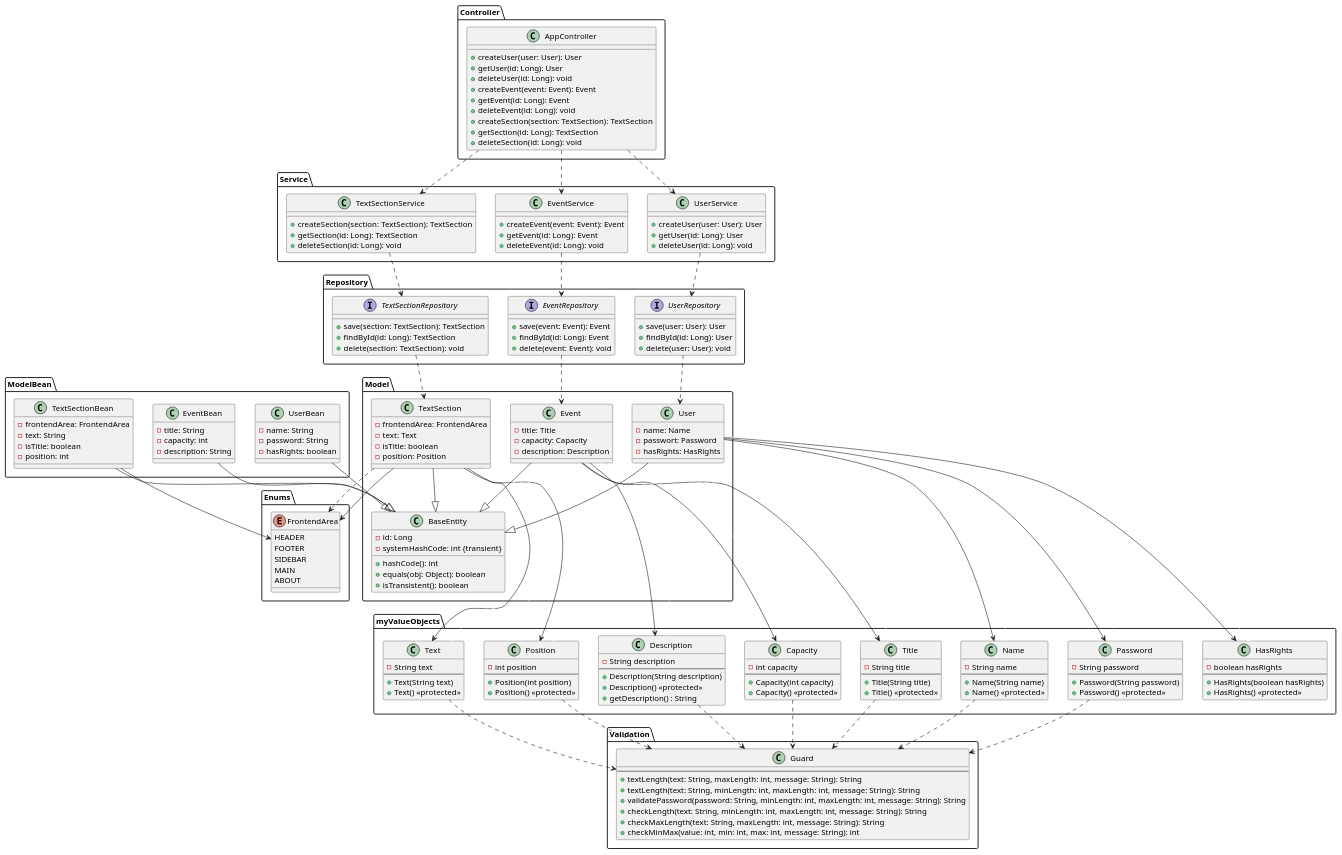
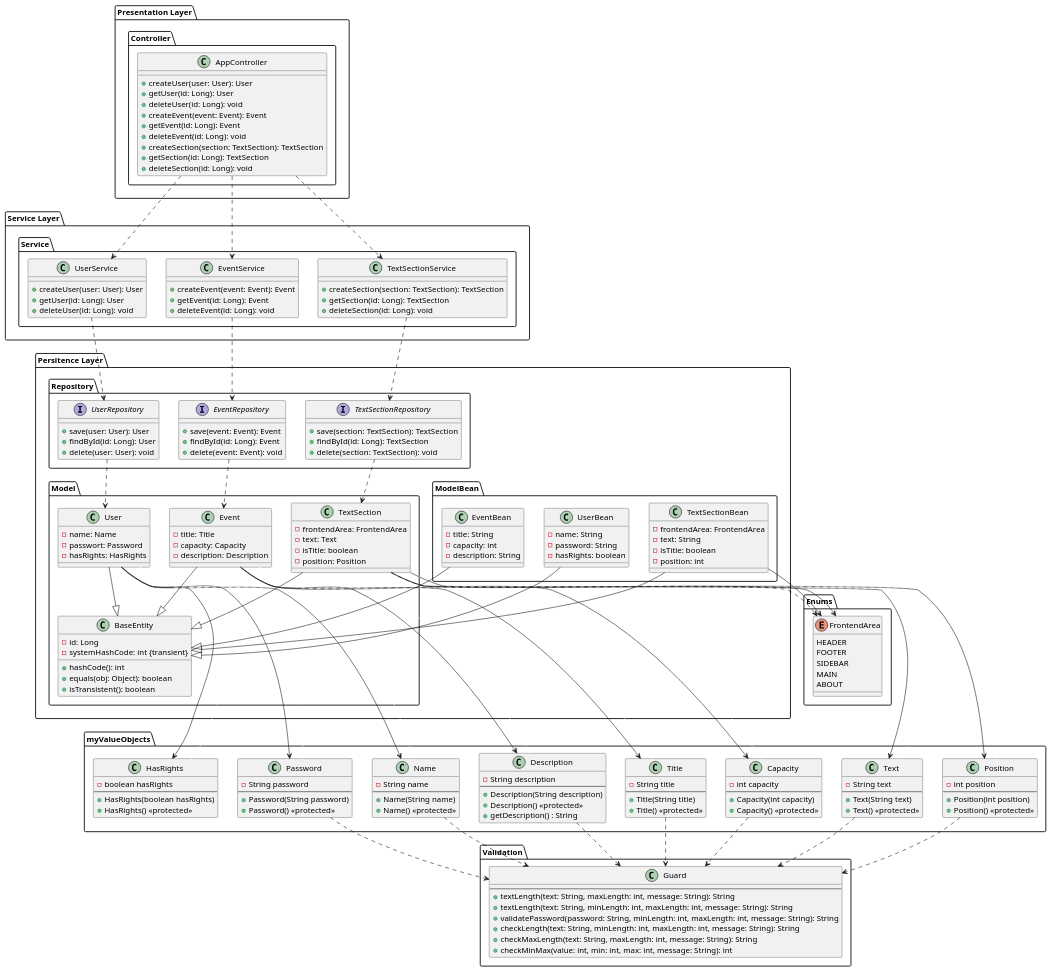
The diagram in Project Structure.puml (Gabriel-Dvorak/Diplo3Entities), drawn with PlantUML before and after one commit. The commit also changed 2 other files, not shown here.

```diff
--- a/Project Structure.puml
+++ b/Project Structure.puml
@@ -93,134 +93,139 @@
         Text ..> Guard
         Position ..> Guard
 }
+package "Persitence Layer" {
 
-package "Model" {
+    package "Model" {
 
-    class BaseEntity {
-        - id: Long
-        - systemHashCode: int {transient}
-        + hashCode(): int
-        + equals(obj: Object): boolean
-        + isTransistent(): boolean
+        class BaseEntity {
+            - id: Long
+            - systemHashCode: int {transient}
+            + hashCode(): int
+            + equals(obj: Object): boolean
+            + isTransistent(): boolean
+        }
+
+        class User {
+            - name: Name
+            - passwort: Password
+            - hasRights: HasRights
+        }
+
+        class Event {
+            - title: Title
+            - capacity: Capacity
+            - description: Description
+        }
+
+        class TextSection {
+            - frontendArea: FrontendArea
+            - text: Text
+            - isTitle: boolean
+            - position: Position
+        }
+
+        ' Inheritance
+        User --|> BaseEntity
+        Event --|> BaseEntity
+        TextSection --|> BaseEntity
+
+        ' Composition zu Value Objects (mit Linienrichtung)
+            User -down-> Name
+            User -down-> Password
+            User -down-> HasRights
+
+            Event -down-> Title
+            Event -down-> Capacity
+            Event -down-> Description
+
+            TextSection -down-> Text
+            TextSection -down-> Position
+            TextSection ..> FrontendArea
     }
 
-    class User {
-        - name: Name
-        - passwort: Password
-        - hasRights: HasRights
+    package "ModelBean" {
+
+        class UserBean {
+            - name: String
+            - password: String
+            - hasRights: boolean
+        }
+
+        class EventBean {
+            - title: String
+            - capacity: int
+            - description: String
+        }
+
+        class TextSectionBean {
+            - frontendArea: FrontendArea
+            - text: String
+            - isTitle: boolean
+            - position: int
+        }
+
+        ' Inheritance
+        UserBean --|> BaseEntity
+        EventBean --|> BaseEntity
+        TextSectionBean --|> BaseEntity
+
+        TextSection --> FrontendArea
+        TextSectionBean --> FrontendArea
     }
 
-    class Event {
-        - title: Title
-        - capacity: Capacity
-        - description: Description
+    package "Repository" {
+        interface UserRepository {
+            + save(user: User): User
+            + findById(id: Long): User
+            + delete(user: User): void
+        }
+
+        interface EventRepository {
+            + save(event: Event): Event
+            + findById(id: Long): Event
+            + delete(event: Event): void
+        }
+
+        interface TextSectionRepository {
+            + save(section: TextSection): TextSection
+            + findById(id: Long): TextSection
+            + delete(section: TextSection): void
+        }
+
+        ' Dependency auf ModelBeans
+        UserRepository ..> User
+        EventRepository ..> Event
+        TextSectionRepository ..> TextSection
     }
-
-    class TextSection {
-        - frontendArea: FrontendArea
-        - text: Text
-        - isTitle: boolean
-        - position: Position
-    }
-
-    ' Inheritance
-    User --|> BaseEntity
-    Event --|> BaseEntity
-    TextSection --|> BaseEntity
-
-    ' Composition zu Value Objects (mit Linienrichtung)
-        User -down-> Name
-        User -down-> Password
-        User -down-> HasRights
-
-        Event -down-> Title
-        Event -down-> Capacity
-        Event -down-> Description
-
-        TextSection -down-> Text
-        TextSection -down-> Position
-        TextSection ..> FrontendArea
 }
 
-package "ModelBean" {
 
-    class UserBean {
-        - name: String
-        - password: String
-        - hasRights: boolean
+package "Service Layer" {
+    package "Service" {
+        class UserService {
+            + createUser(user: User): User
+            + getUser(id: Long): User
+            + deleteUser(id: Long): void
+        }
+
+        class EventService {
+            + createEvent(event: Event): Event
+            + getEvent(id: Long): Event
+            + deleteEvent(id: Long): void
+        }
+
+        class TextSectionService {
+            + createSection(section: TextSection): TextSection
+            + getSection(id: Long): TextSection
+            + deleteSection(id: Long): void
+        }
     }
-
-    class EventBean {
-        - title: String
-        - capacity: int
-        - description: String
-    }
-
-    class TextSectionBean {
-        - frontendArea: FrontendArea
-        - text: String
-        - isTitle: boolean
-        - position: int
-    }
-
-    ' Inheritance
-    UserBean --|> BaseEntity
-    EventBean --|> BaseEntity
-    TextSectionBean --|> BaseEntity
-
-    TextSection --> FrontendArea
-    TextSectionBean --> FrontendArea
-}
-
-package "Repository" {
-    interface UserRepository {
-        + save(user: User): User
-        + findById(id: Long): User
-        + delete(user: User): void
-    }
-
-    interface EventRepository {
-        + save(event: Event): Event
-        + findById(id: Long): Event
-        + delete(event: Event): void
-    }
-
-    interface TextSectionRepository {
-        + save(section: TextSection): TextSection
-        + findById(id: Long): TextSection
-        + delete(section: TextSection): void
-    }
-
-    ' Dependency auf ModelBeans
-    UserRepository ..> User
-    EventRepository ..> Event
-    TextSectionRepository ..> TextSection
-}
-
-package "Service" {
-    class UserService {
-        + createUser(user: User): User
-        + getUser(id: Long): User
-        + deleteUser(id: Long): void
-    }
-
-    class EventService {
-        + createEvent(event: Event): Event
-        + getEvent(id: Long): Event
-        + deleteEvent(id: Long): void
-    }
-
-    class TextSectionService {
-        + createSection(section: TextSection): TextSection
-        + getSection(id: Long): TextSection
-        + deleteSection(id: Long): void
-    }
-
     ' Services verwenden Repositories
     UserService ..> UserRepository
     EventService ..> EventRepository
     TextSectionService ..> TextSectionRepository
 }
+package "Presentation Layer" {
 
 package "Controller" {
     class AppController {
@@ -234,6 +239,7 @@
         + getSection(id: Long): TextSection
         + deleteSection(id: Long): void
     }
+}
 
     ' Controller verwendet Services
     AppController ..> UserService
```
